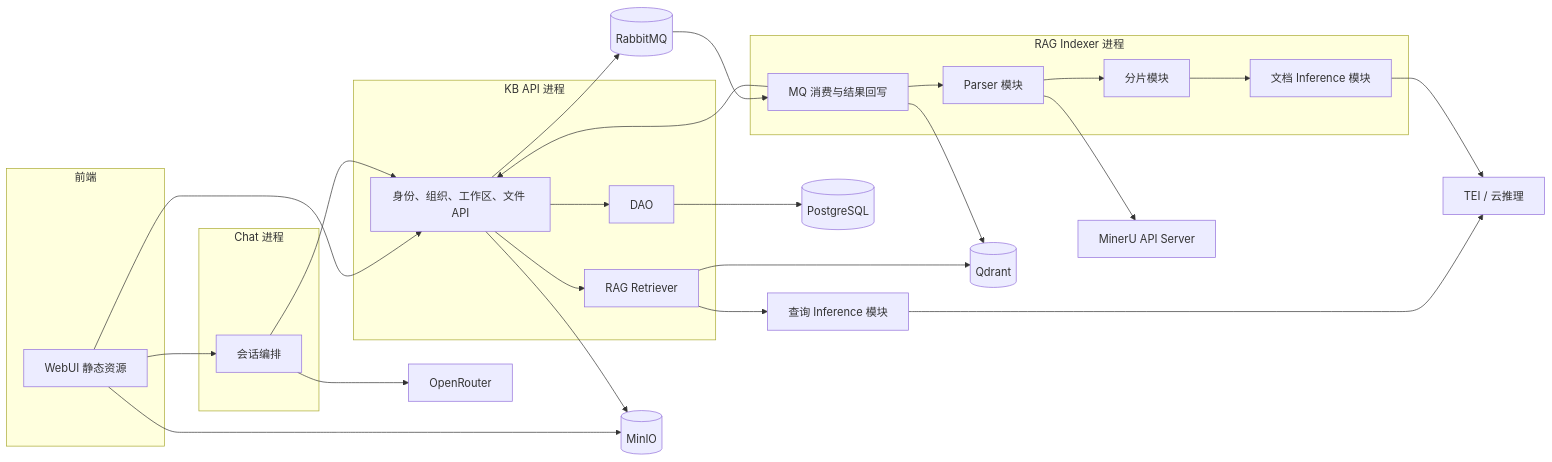
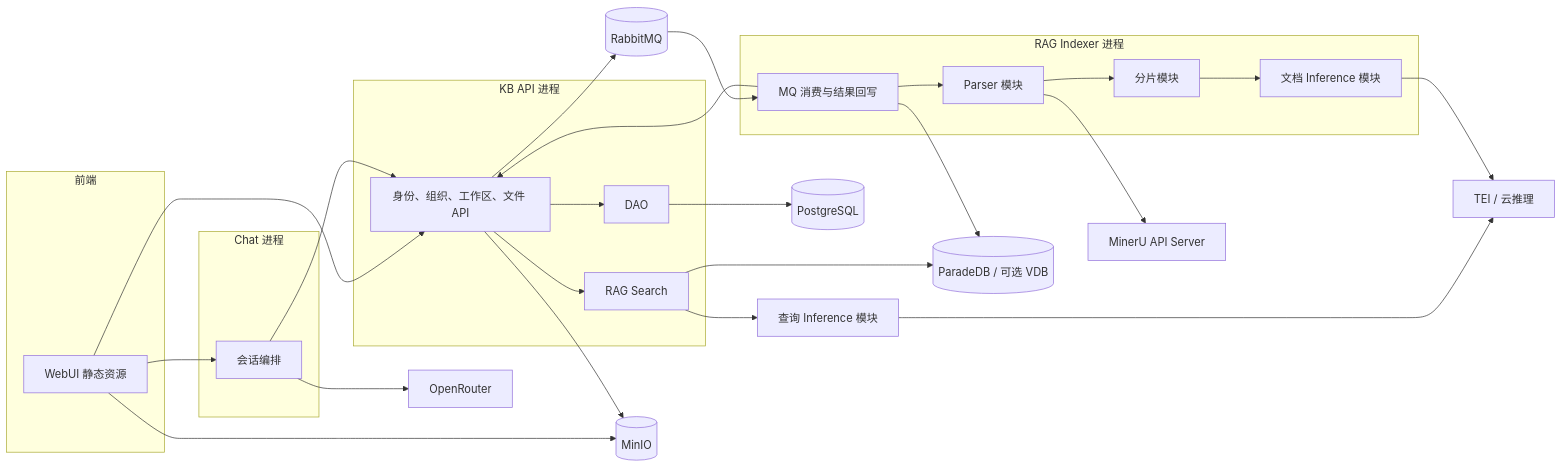
One commit to guobinqiu/kb changed the first of 4 diagrams in docs/interaction-design.md. Above: the diagram before and after it, drawn with Mermaid. The commit also changed other lines of this file and 155 other files, not shown here.

````diff
--- a/docs/interaction-design.md
+++ b/docs/interaction-design.md
@@ -5,41 +5,41 @@
 ```mermaid
 flowchart LR
     subgraph Frontend["前端"]
         WebUI["WebUI 静态资源"]
     end
 
     subgraph KBProcess["KB API 进程"]
         Routes["身份、组织、工作区、文件 API"]
-        Retriever["RAG Retriever"]
+        Search["RAG Search"]
         DAO["DAO"]
-        Routes --> Retriever
+        Routes --> Search
         Routes --> DAO
     end
 
     subgraph IndexerProcess["RAG Indexer 进程"]
         Consumer["MQ 消费与结果回写"]
         Parser["Parser 模块"]
         Chunking["分片模块"]
         DocumentInference["文档 Inference 模块"]
         Consumer --> Parser --> Chunking --> DocumentInference
     end
 
     subgraph ChatProcess["Chat 进程"]
         Chat["会话编排"]
     end
 
     WebUI --> Routes
     WebUI --> Chat
     Chat --> Routes
     Chat --> LLM["OpenRouter"]
     Routes --> MQ[(RabbitMQ)] --> Consumer
     Consumer --> Routes
     Routes --> MinIO[(MinIO)]
     WebUI --> MinIO
     DAO --> RDB[(PostgreSQL)]
-    Retriever --> VDB[(Qdrant)]
-    Retriever --> QueryInference["查询 Inference 模块"] --> TEI["TEI / 云推理"]
+    Search --> VDB[(ParadeDB / 可选 VDB)]
+    Search --> QueryInference["查询 Inference 模块"] --> TEI["TEI / 云推理"]
     Parser --> MinerU["MinerU API Server"]
     DocumentInference --> TEI
     Consumer --> VDB
 ```
````
